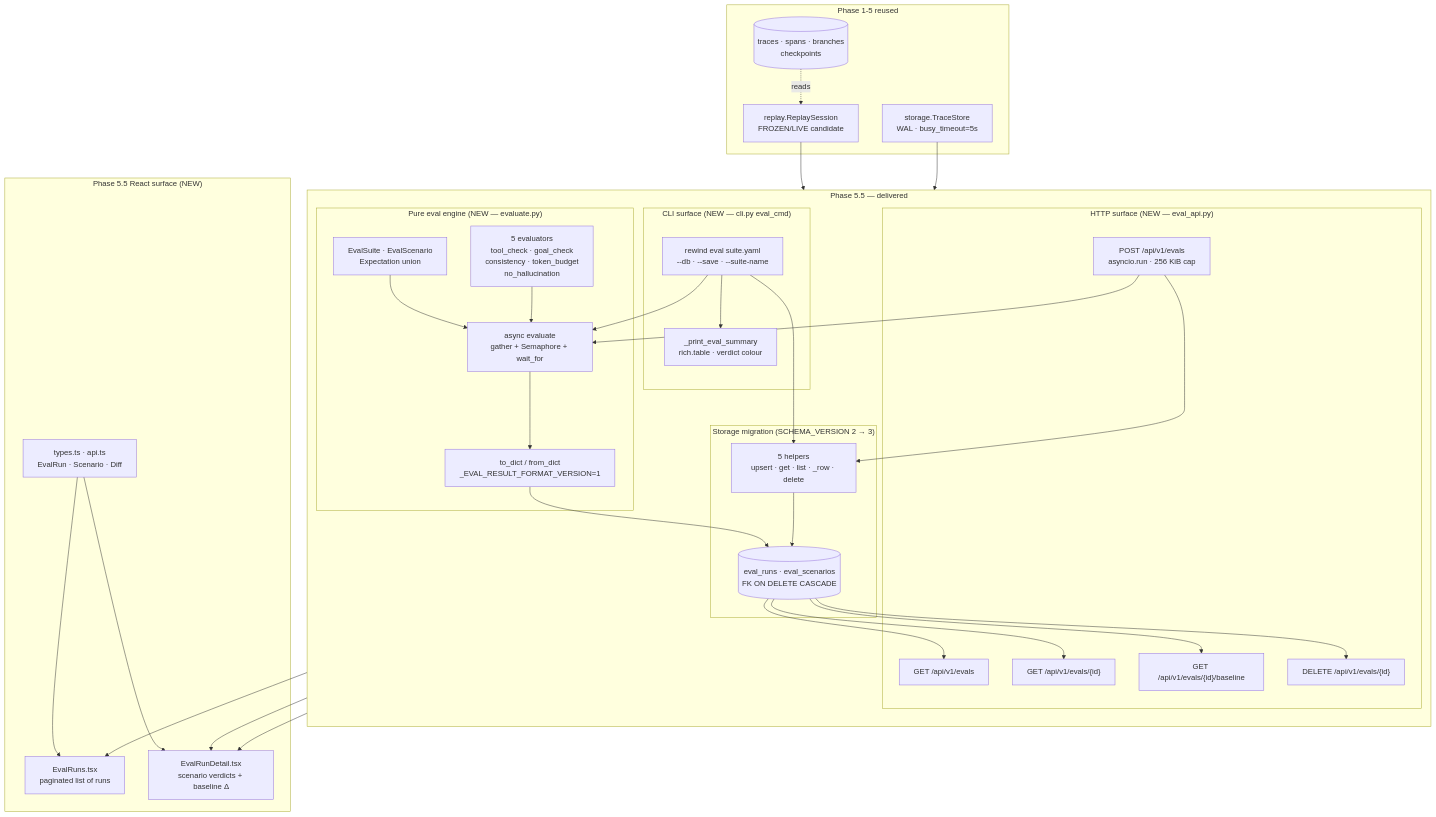
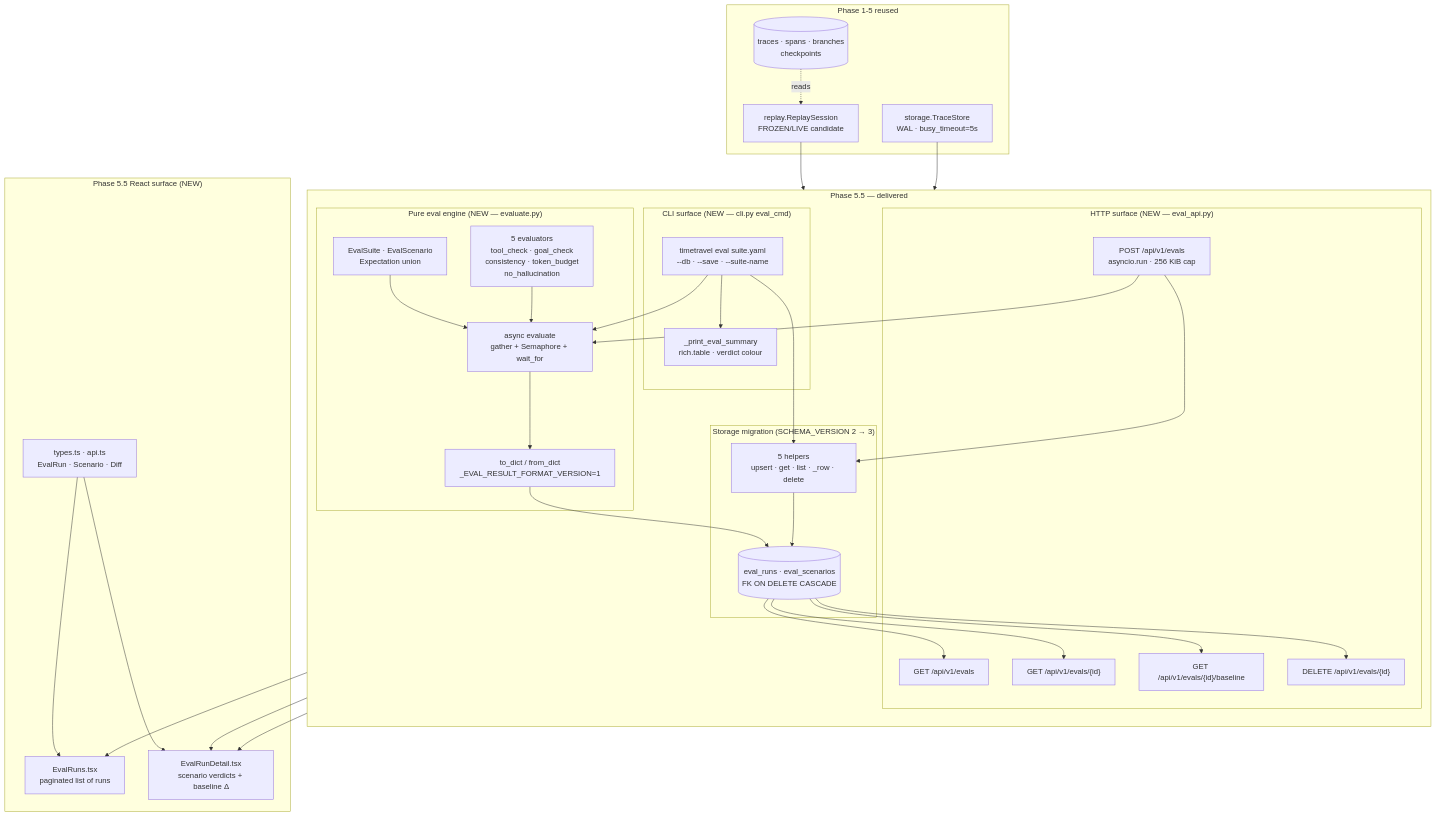
One commit to akshay-mp/Rewind changed the first of 3 diagrams in docs/phases/phase-5.5.md. Above: the diagram before and after it, drawn with Mermaid. The commit also changed other lines of this file and 244 other files, not shown here.

````diff
--- a/docs/phases/phase-5.5.md
+++ b/docs/phases/phase-5.5.md
@@ -164,59 +164,59 @@
 ```mermaid
 flowchart TB
     subgraph P55["Phase 5.5 — delivered"]
         direction TB
         subgraph EvalEngine["Pure eval engine (NEW — evaluate.py)"]
             Spec["EvalSuite · EvalScenario<br/>Expectation union"]
             Handlers["5 evaluators<br/>tool_check · goal_check<br/>consistency · token_budget<br/>no_hallucination"]
             Orchestrate["async evaluate<br/>gather + Semaphore + wait_for"]
             Serialize["to_dict / from_dict<br/>_EVAL_RESULT_FORMAT_VERSION=1"]
         end
         subgraph EvalStore["Storage migration (SCHEMA_VERSION 2 → 3)"]
             EvalTables[("eval_runs · eval_scenarios<br/>FK ON DELETE CASCADE")]
             FiveHelpers["5 helpers<br/>upsert · get · list · _row · delete"]
         end
         subgraph EvalApi["HTTP surface (NEW — eval_api.py)"]
             RoutesList["GET /api/v1/evals"]
             RoutesCreate["POST /api/v1/evals<br/>asyncio.run · 256 KiB cap"]
             RoutesGet["GET /api/v1/evals/{id}"]
             RoutesBaseline["GET /api/v1/evals/{id}/baseline"]
             RoutesDelete["DELETE /api/v1/evals/{id}"]
         end
         subgraph EvalCLI["CLI surface (NEW — cli.py eval_cmd)"]
-            Cli["rewind eval suite.yaml<br/>--db · --save · --suite-name"]
+            Cli["timetravel eval suite.yaml<br/>--db · --save · --suite-name"]
             CliSummary["_print_eval_summary<br/>rich.table · verdict colour"]
         end
     end
     subgraph P55UI["Phase 5.5 React surface (NEW)"]
         EvalRunsList["EvalRuns.tsx<br/>paginated list of runs"]
         EvalRunDetailComp["EvalRunDetail.tsx<br/>scenario verdicts + baseline Δ"]
         TypesNew["types.ts · api.ts<br/>EvalRun · Scenario · Diff"]
     end
     subgraph Reused["Phase 1-5 reused"]
         Replay["replay.ReplaySession<br/>FROZEN/LIVE candidate"]
         StoreV3["storage.TraceStore<br/>WAL · busy_timeout=5s"]
         ExistingTrace[("traces · spans · branches<br/>checkpoints")]
     end
     Spec --> Orchestrate
     Handlers --> Orchestrate
     Replay --> Orchestrate
     Orchestrate --> Serialize
     Serialize --> EvalTables
     FiveHelpers --> EvalTables
     EvalTables --> RoutesList
     EvalTables --> RoutesGet
     EvalTables --> RoutesBaseline
     EvalTables --> RoutesDelete
     RoutesCreate --> Orchestrate
     RoutesCreate --> FiveHelpers
     Cli --> Orchestrate
     Cli --> CliSummary
     Cli --> FiveHelpers
     RoutesList --> EvalRunsList
     RoutesGet --> EvalRunDetailComp
     RoutesBaseline --> EvalRunDetailComp
     TypesNew --> EvalRunsList
     TypesNew --> EvalRunDetailComp
     StoreV3 --> EvalStore
     ExistingTrace -. reads .-> Replay
 ```
````
